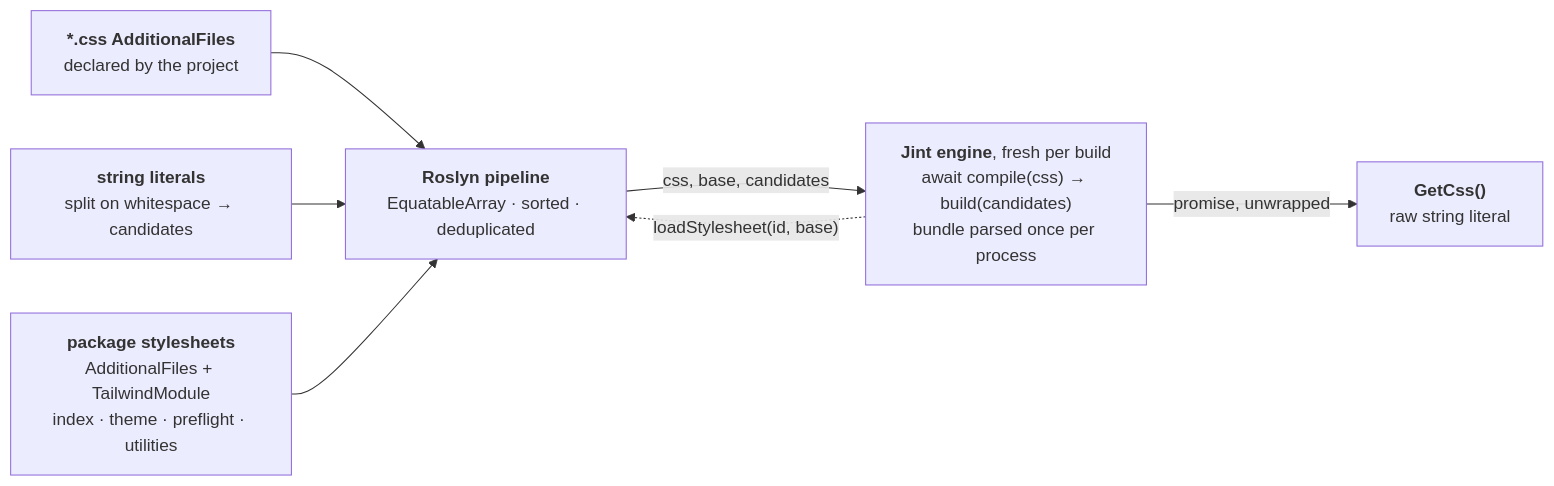
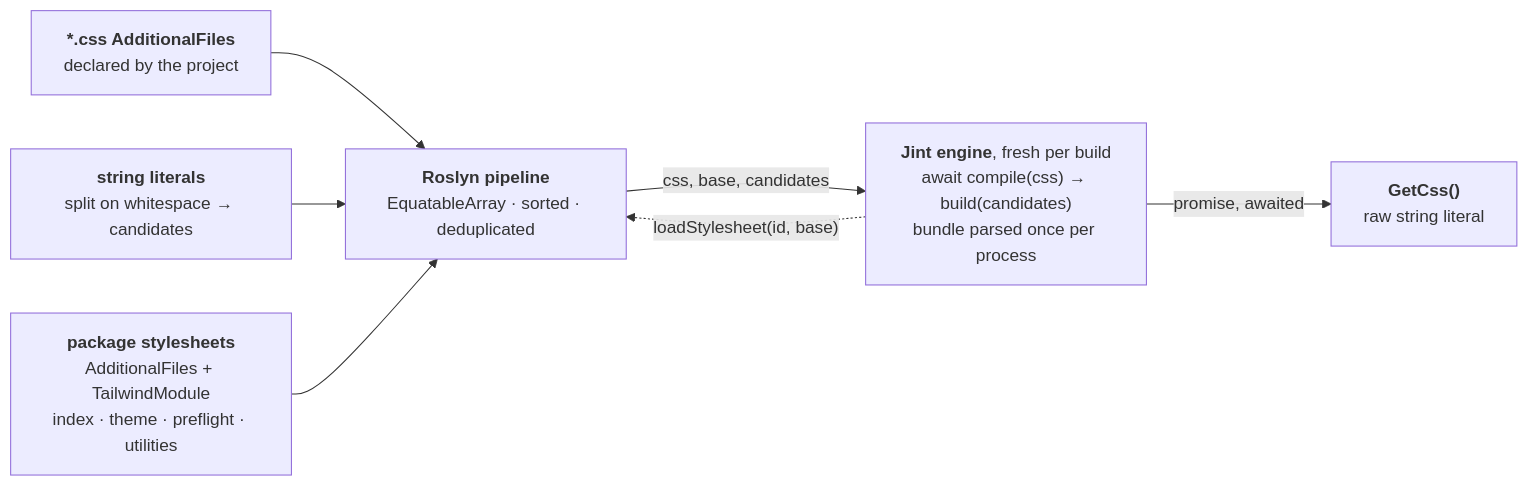
One commit to miroljub1995/natrix changed the second of 2 diagrams in src/Natrix.TailwindCss.Generators/ARCHITECTURE.md. Above: the diagram before and after it, drawn with Mermaid. The commit also changed 4 other files, not shown here.

````diff
--- a/src/Natrix.TailwindCss.Generators/ARCHITECTURE.md
+++ b/src/Natrix.TailwindCss.Generators/ARCHITECTURE.md
@@ -46,18 +46,18 @@
 ```mermaid
 flowchart LR
     CSS["<b>*.css AdditionalFiles</b><br/>declared by the project"]
     LIT["<b>string literals</b><br/>split on whitespace → candidates"]
     EMB["<b>package stylesheets</b><br/>AdditionalFiles + TailwindModule<br/>index · theme · preflight · utilities"]
 
     PIPE["<b>Roslyn pipeline</b><br/>EquatableArray · sorted · deduplicated"]
     JS["<b>Jint engine</b>, fresh per build<br/>await compile(css) → build(candidates)<br/>bundle parsed once per process"]
     OUT["<b>GetCss()</b><br/>raw string literal"]
 
     CSS --> PIPE
     LIT --> PIPE
     EMB --> PIPE
 
     PIPE -->|"css, base, candidates"| JS
     JS -.->|"loadStylesheet(id, base)"| PIPE
-    JS -->|"promise, unwrapped"| OUT
+    JS -->|"promise, awaited"| OUT
 ```
````
